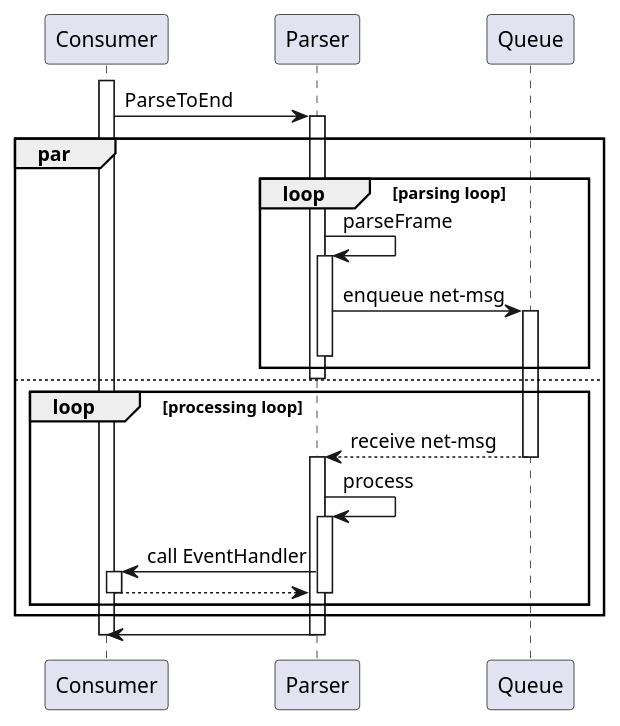
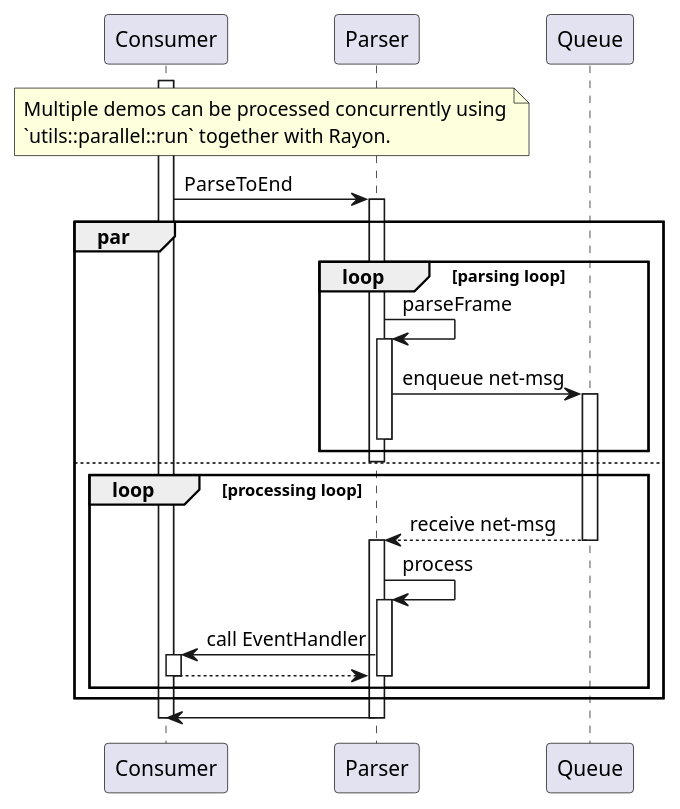
The diagram in docs/parallel-processing.puml (kylesurowiec/cs-demo-parser-rs), drawn with PlantUML before and after one commit. The commit also changed 5 other files, not shown here.

```diff
--- a/docs/parallel-processing.puml
+++ b/docs/parallel-processing.puml
@@ -1,30 +1,35 @@
 @startuml
 participant Consumer
 participant Parser
 participant Queue
+
+note over Consumer, Parser
+Multiple demos can be processed concurrently using
+`utils::parallel::run` together with Rayon.
+end note
 
 Consumer ++
 Consumer -> Parser ++: ParseToEnd
 par
     loop parsing loop
         Parser -> Parser ++: parseFrame
         Parser -> Queue ++: enqueue net-msg
         Parser --
     end
     Parser --
 
     else
 
     loop processing loop
         Queue --> Parser --: receive net-msg
         Parser ++
         Parser -> Parser ++: process
         Parser -> Consumer ++: call EventHandler
         Consumer --> Parser --
         Parser --
     end
 end
 Parser -> Consumer --
 Consumer --
 
 @enduml
```
